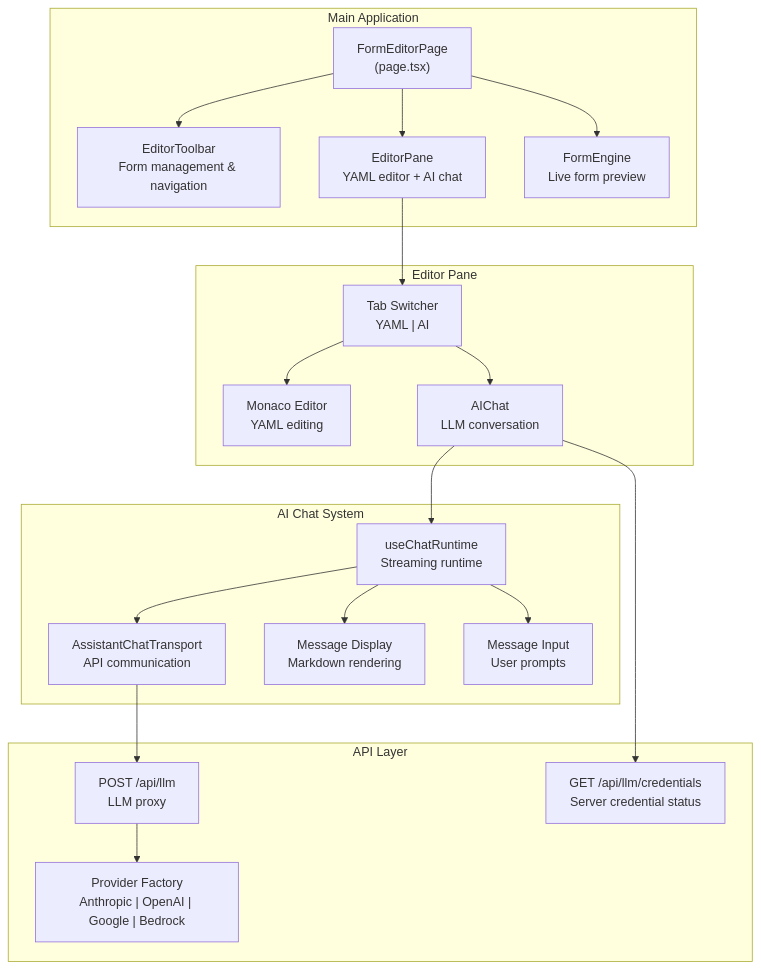
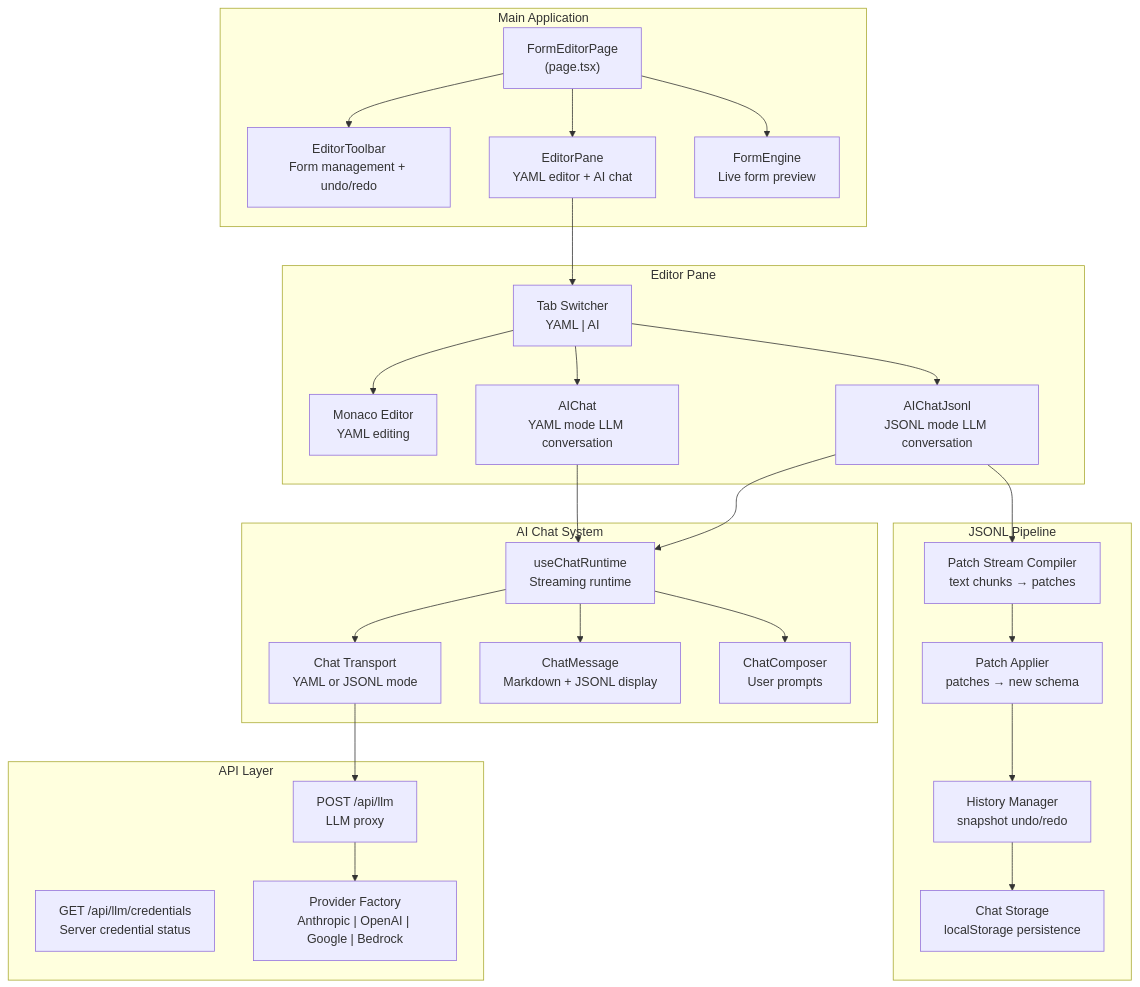
The first of 3 diagrams in packages/form-editor/README.md (fwextensions/form-engine-poc), drawn with Mermaid before and after one commit. The commit also changed other lines of this file and 1 other file, not shown here.

First line of the commit message:
Move JSONL transport docs to form-editor README and update for current state

````diff
--- a/packages/form-editor/README.md
+++ b/packages/form-editor/README.md
@@ -58,45 +70,59 @@
 ```mermaid
 graph TB
     subgraph "Main Application"
         PAGE["FormEditorPage<br/>(page.tsx)"]
-        TOOLBAR["EditorToolbar<br/>Form management & navigation"]
+        TOOLBAR["EditorToolbar<br/>Form management + undo/redo"]
         EDITOR["EditorPane<br/>YAML editor + AI chat"]
         PREVIEW["FormEngine<br/>Live form preview"]
     end
 
     subgraph "Editor Pane"
         TABS["Tab Switcher<br/>YAML | AI"]
         MONACO["Monaco Editor<br/>YAML editing"]
-        AICHAT["AIChat<br/>LLM conversation"]
+        AICHAT["AIChat<br/>YAML mode LLM conversation"]
+        AICHAT_JSONL["AIChatJsonl<br/>JSONL mode LLM conversation"]
     end
 
     subgraph "AI Chat System"
         RUNTIME["useChatRuntime<br/>Streaming runtime"]
-        TRANSPORT["AssistantChatTransport<br/>API communication"]
-        MESSAGES["Message Display<br/>Markdown rendering"]
-        COMPOSER["Message Input<br/>User prompts"]
+        TRANSPORT["Chat Transport<br/>YAML or JSONL mode"]
+        MESSAGES["ChatMessage<br/>Markdown + JSONL display"]
+        COMPOSER["ChatComposer<br/>User prompts"]
+    end
+
+    subgraph "JSONL Pipeline"
+        COMPILER["Patch Stream Compiler<br/>text chunks → patches"]
+        APPLIER["Patch Applier<br/>patches → new schema"]
+        HISTORY["History Manager<br/>snapshot undo/redo"]
+        PERSIST["Chat Storage<br/>localStorage persistence"]
     end
 
     subgraph "API Layer"
         LLM_ROUTE["POST /api/llm<br/>LLM proxy"]
         CRED_ROUTE["GET /api/llm/credentials<br/>Server credential status"]
         PROVIDERS["Provider Factory<br/>Anthropic | OpenAI | Google | Bedrock"]
     end
 
     PAGE --> TOOLBAR
     PAGE --> EDITOR
     PAGE --> PREVIEW
-    
+
     EDITOR --> TABS
     TABS --> MONACO
     TABS --> AICHAT
-    
+    TABS --> AICHAT_JSONL
+
     AICHAT --> RUNTIME
+    AICHAT_JSONL --> RUNTIME
     RUNTIME --> TRANSPORT
     RUNTIME --> MESSAGES
     RUNTIME --> COMPOSER
-    
+
     TRANSPORT --> LLM_ROUTE
-    AICHAT --> CRED_ROUTE
     LLM_ROUTE --> PROVIDERS
+
+    AICHAT_JSONL --> COMPILER
+    COMPILER --> APPLIER
+    APPLIER --> HISTORY
+    HISTORY --> PERSIST
 ```
````
